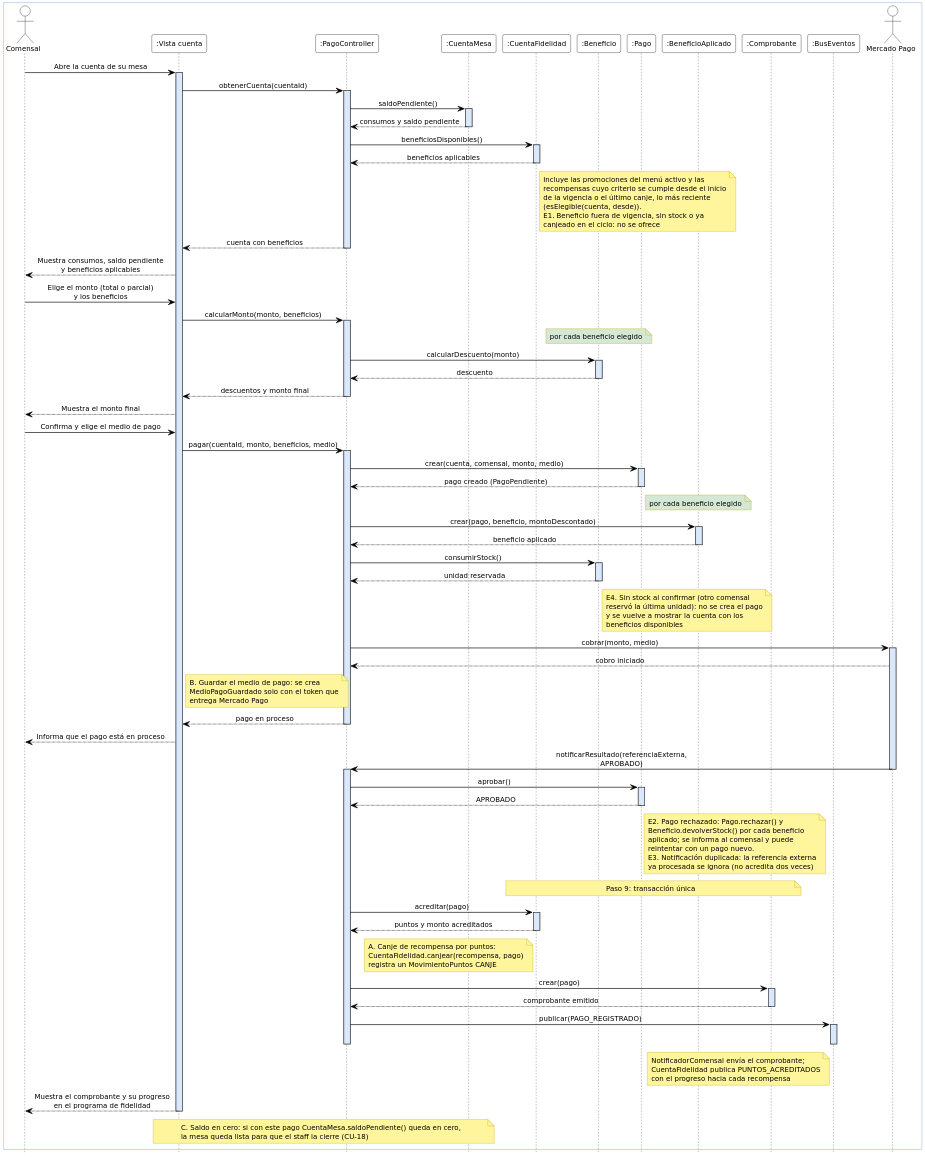
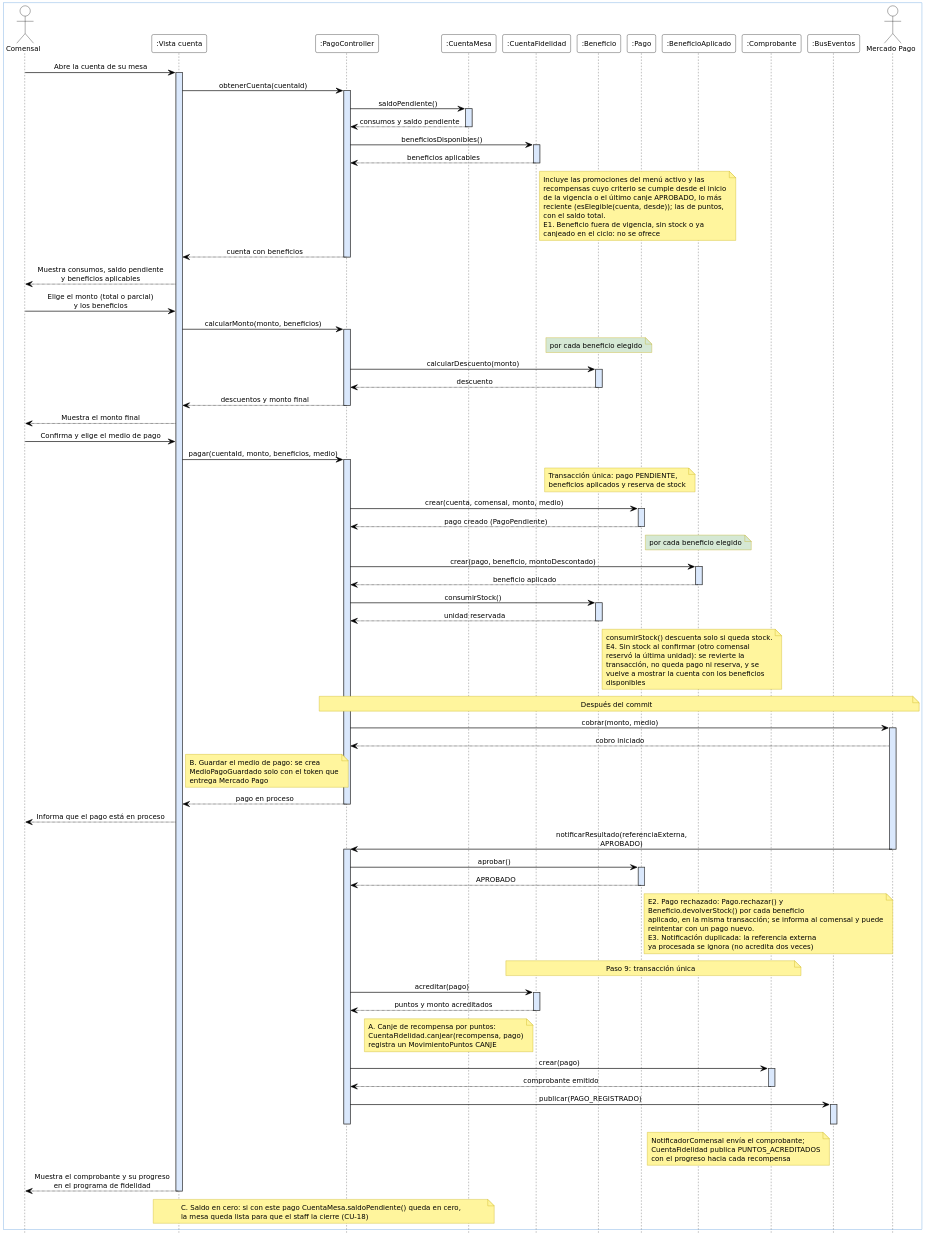
The diagram in docs/modelos/secuencia/CU-06-pagar-cuenta/v1/cu-06-secuencia-v1.puml (GabrielLigresti/TFG-PGIM), drawn with PlantUML before and after one commit. The commit also changed 4 other files, not shown here.

First line of the commit message:
Aplicar la revisión del modelo de beneficios

```diff
--- a/docs/modelos/secuencia/CU-06-pagar-cuenta/v1/cu-06-secuencia-v1.puml
+++ b/docs/modelos/secuencia/CU-06-pagar-cuenta/v1/cu-06-secuencia-v1.puml
@@ -1,127 +1,129 @@
 @startuml cu-06-secuencia-v1
 ' Formato Vialia: participantes ":Clase", barras de activación celestes,
 ' sin numeración ni fragmentos; los flujos alternativos y las excepciones van como notas.
 skinparam dpi 200
 skinparam defaultFontName DejaVu Sans Condensed
 skinparam defaultFontSize 12
 skinparam shadowing false
 skinparam maxMessageSize 260
 skinparam sequenceMessageAlign center
 skinparam responseMessageBelowArrow false
 skinparam ArrowColor #000000
 skinparam ArrowThickness 1
 skinparam ActorBorderColor #000000
 skinparam ActorBackgroundColor #FFFFFF
 skinparam ActorFontColor #000000
 skinparam ParticipantBorderColor #000000
 skinparam ParticipantBackgroundColor #FFFFFF
 skinparam ParticipantFontColor #000000
 skinparam NoteBorderColor #BFA800
 skinparam NoteBackgroundColor #FFF59D
 skinparam NoteFontColor #000000
 skinparam BoxPadding 12
 skinparam sequence {
   LifeLineBorderColor #444444
   LifeLineBackgroundColor #DAE8FC
   BoxBorderColor #4A90D9
   BoxBackgroundColor #FFFFFF
 }
 hide footbox
 
 box
   actor Comensal as C
   participant ":Vista cuenta" as V
   participant ":PagoController" as PGC
   participant ":CuentaMesa" as CM
   participant ":CuentaFidelidad" as CF
   participant ":Beneficio" as B
   participant ":Pago" as P
   participant ":BeneficioAplicado" as BA
   participant ":Comprobante" as CO
   participant ":BusEventos" as BUS
   actor "Mercado Pago" as MP
 end box
 
 C -> V : Abre la cuenta de su mesa
 activate V
 V -> PGC : obtenerCuenta(cuentaId)
 activate PGC
 PGC -> CM : saldoPendiente()
 activate CM
 CM --> PGC : consumos y saldo pendiente
 deactivate CM
 PGC -> CF : beneficiosDisponibles()
 activate CF
 CF --> PGC : beneficios aplicables
 deactivate CF
-note right of CF : Incluye las promociones del menú activo y las\nrecompensas cuyo criterio se cumple desde el inicio\nde la vigencia o el último canje, lo más reciente\n(esElegible(cuenta, desde)).\nE1. Beneficio fuera de vigencia, sin stock o ya\ncanjeado en el ciclo: no se ofrece
+note right of CF : Incluye las promociones del menú activo y las\nrecompensas cuyo criterio se cumple desde el inicio\nde la vigencia o el último canje APROBADO, lo más\nreciente (esElegible(cuenta, desde)); las de puntos,\ncon el saldo total.\nE1. Beneficio fuera de vigencia, sin stock o ya\ncanjeado en el ciclo: no se ofrece
 PGC --> V : cuenta con beneficios
 deactivate PGC
 V --> C : Muestra consumos, saldo pendiente\ny beneficios aplicables
 
 C -> V : Elige el monto (total o parcial)\ny los beneficios
 V -> PGC : calcularMonto(monto, beneficios)
 activate PGC
 note over B #D5E8D4 : por cada beneficio elegido
 PGC -> B : calcularDescuento(monto)
 activate B
 B --> PGC : descuento
 deactivate B
 PGC --> V : descuentos y monto final
 deactivate PGC
 V --> C : Muestra el monto final
 
 C -> V : Confirma y elige el medio de pago
 V -> PGC : pagar(cuentaId, monto, beneficios, medio)
 activate PGC
+note over P, B : Transacción única: pago PENDIENTE,\nbeneficios aplicados y reserva de stock
 PGC -> P : crear(cuenta, comensal, monto, medio)
 activate P
 P --> PGC : pago creado (PagoPendiente)
 deactivate P
 note over BA #D5E8D4 : por cada beneficio elegido
 PGC -> BA : crear(pago, beneficio, montoDescontado)
 activate BA
 BA --> PGC : beneficio aplicado
 deactivate BA
 PGC -> B : consumirStock()
 activate B
 B --> PGC : unidad reservada
 deactivate B
-note right of B : E4. Sin stock al confirmar (otro comensal\nreservó la última unidad): no se crea el pago\ny se vuelve a mostrar la cuenta con los\nbeneficios disponibles
+note right of B : consumirStock() descuenta solo si queda stock.\nE4. Sin stock al confirmar (otro comensal\nreservó la última unidad): se revierte la\ntransacción, no queda pago ni reserva, y se\nvuelve a mostrar la cuenta con los beneficios\ndisponibles
+note over PGC, MP : Después del commit
 PGC -> MP : cobrar(monto, medio)
 activate MP
 MP --> PGC : cobro iniciado
 note right of V : B. Guardar el medio de pago: se crea\nMedioPagoGuardado solo con el token que\nentrega Mercado Pago
 PGC --> V : pago en proceso
 deactivate PGC
 V --> C : Informa que el pago está en proceso
 
 MP -> PGC : notificarResultado(referenciaExterna, APROBADO)
 deactivate MP
 activate PGC
 PGC -> P : aprobar()
 activate P
 P --> PGC : APROBADO
 deactivate P
-note right of P : E2. Pago rechazado: Pago.rechazar() y\nBeneficio.devolverStock() por cada beneficio\naplicado; se informa al comensal y puede\nreintentar con un pago nuevo.\nE3. Notificación duplicada: la referencia externa\nya procesada se ignora (no acredita dos veces)
+note right of P : E2. Pago rechazado: Pago.rechazar() y\nBeneficio.devolverStock() por cada beneficio\naplicado, en la misma transacción; se informa al comensal y puede\nreintentar con un pago nuevo.\nE3. Notificación duplicada: la referencia externa\nya procesada se ignora (no acredita dos veces)
 
 note over CF, CO : Paso 9: transacción única
 PGC -> CF : acreditar(pago)
 activate CF
 CF --> PGC : puntos y monto acreditados
 deactivate CF
 note left of CF : A. Canje de recompensa por puntos:\nCuentaFidelidad.canjear(recompensa, pago)\nregistra un MovimientoPuntos CANJE
 PGC -> CO : crear(pago)
 activate CO
 CO --> PGC : comprobante emitido
 deactivate CO
 
 PGC -> BUS : publicar(PAGO_REGISTRADO)
 activate BUS
 deactivate BUS
 note left of BUS : NotificadorComensal envía el comprobante;\nCuentaFidelidad publica PUNTOS_ACREDITADOS\ncon el progreso hacia cada recompensa
 deactivate PGC
 V --> C : Muestra el comprobante y su progreso\nen el programa de fidelidad
 deactivate V
 note over V, CM : C. Saldo en cero: si con este pago CuentaMesa.saldoPendiente() queda en cero,\nla mesa queda lista para que el staff la cierre (CU-18)
 @enduml
```
